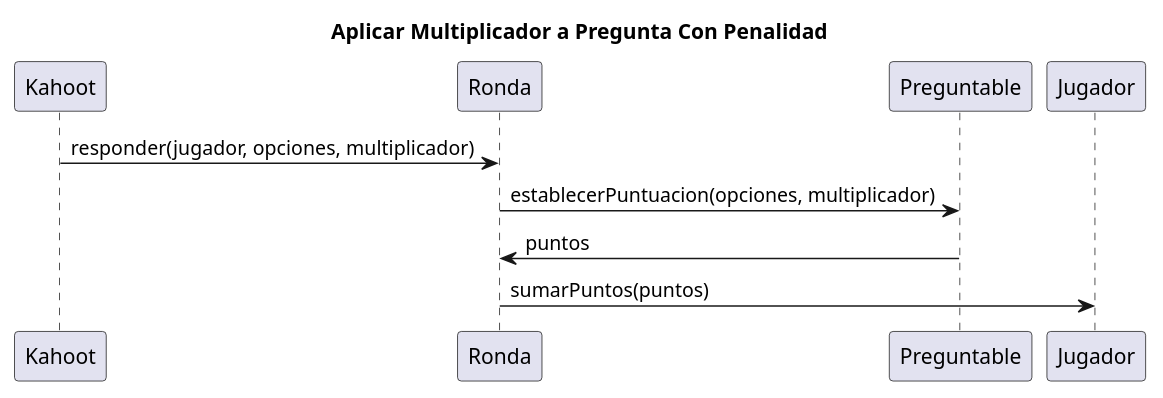
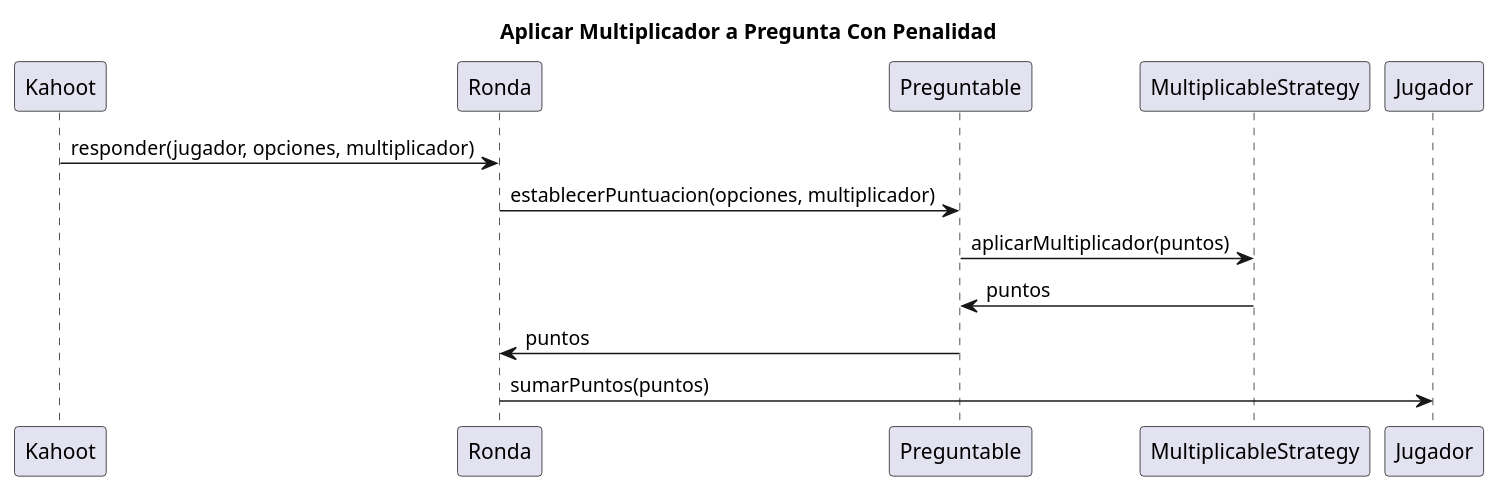
The diagram in doc/Diagramas/Diagramas_Secuencia/Multiplicador/aplicarMultiplicadorCorrectamente.plantuml (gylopezgiles/TP2), drawn with PlantUML before and after one commit. The commit also changed 2 other files, not shown here.

Commit message:
arreglo diagrama de secuencia con nuevo comportamiento

```diff
--- a/doc/Diagramas/Diagramas_Secuencia/Multiplicador/aplicarMultiplicadorCorrectamente.plantuml
+++ b/doc/Diagramas/Diagramas_Secuencia/Multiplicador/aplicarMultiplicadorCorrectamente.plantuml
@@ -1,10 +1,12 @@
 @startuml
 
 title Aplicar Multiplicador a Pregunta Con Penalidad
 
 Kahoot -> Ronda: responder(jugador, opciones, multiplicador)
 Ronda -> Preguntable: establecerPuntuacion(opciones, multiplicador)
+Preguntable -> MultiplicableStrategy: aplicarMultiplicador(puntos)
+MultiplicableStrategy -> Preguntable: puntos
 Preguntable -> Ronda: puntos
 Ronda -> Jugador: sumarPuntos(puntos)
 
 @enduml
```
